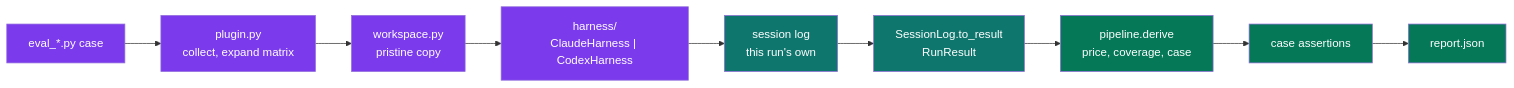
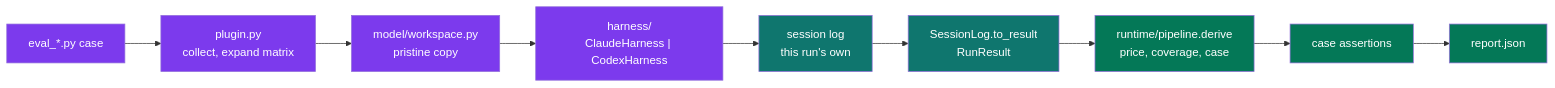
Before and after one commit to neozenith/pytest-xharness-eval: the diagram in README.md, drawn with Mermaid. The commit also changed 38 other files, not shown here.

````diff
--- a/README.md
+++ b/README.md
@@ -215,21 +215,21 @@
 ```mermaid
 flowchart LR
     CASE["eval_*.py case"]
     PLUG["plugin.py<br/>collect, expand matrix"]
-    WS["workspace.py<br/>pristine copy"]
+    WS["model/workspace.py<br/>pristine copy"]
     RUN["harness/<br/>ClaudeHarness | CodexHarness"]
     LOG["session log<br/>this run's own"]
     NORM["SessionLog.to_result<br/>RunResult"]
-    PRICE["pipeline.derive<br/>price, coverage, case"]
+    PRICE["runtime/pipeline.derive<br/>price, coverage, case"]
     GRADE["case assertions"]
     REP["report.json"]
 
     CASE --> PLUG --> WS --> RUN --> LOG --> NORM --> PRICE --> GRADE --> REP
 
     classDef new fill:#7c3aed,color:#fff
     classDef data fill:#0f766e,color:#fff
     classDef good fill:#047857,color:#fff
     class CASE,PLUG,WS,RUN new
     class LOG,NORM data
     class PRICE,GRADE,REP good
 ```
````
